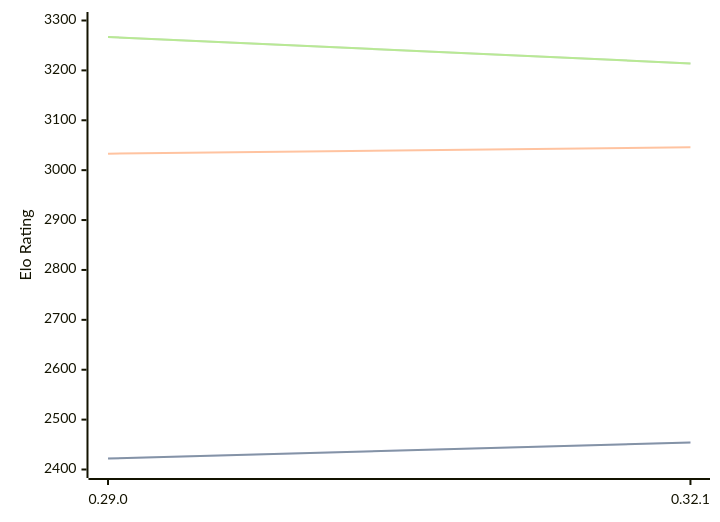
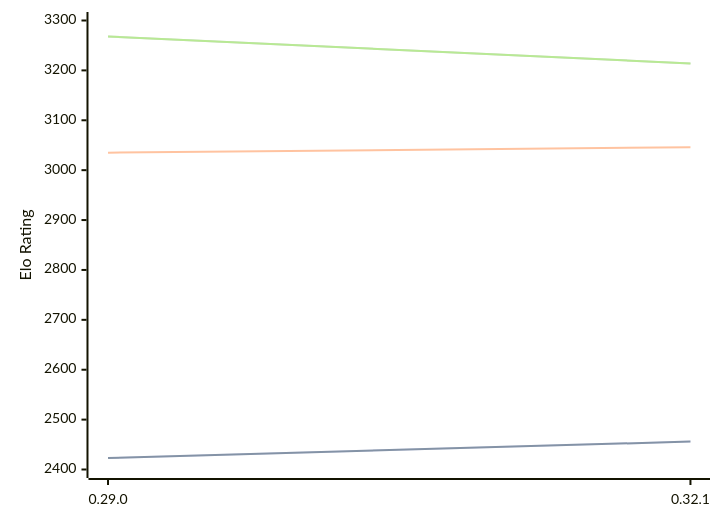
The diagram in engines/Lc0.md (computer-chess-index/cci), drawn with Mermaid before and after one commit. The commit also changed other lines of this file, not shown here.

Commit message:
Update CCI Ratings (ELO VLTC) - 2026-04-19

````diff
--- a/engines/Lc0.md
+++ b/engines/Lc0.md
@@ -68,11 +68,11 @@
 ```mermaid
 %%{init: {"theme":"base","themeVariables":{"seriesColors:['#a3a3a3','#222221','#faa371']}}}%%
 xychart-beta
   x-axis ["0.29.0", "0.32.1"]
   y-axis "Elo Rating" 2400 --> 3300
-  line "STC (8.0+0.08s)" [2422, 2454]
-  line "STC (8.0+0.08s)" [2422, 2454]
-  line "LTC (60.0+0.60s)" [3033, 3046]
-  line "VLTC (2m24s+1.12s)" [3267, 3214]
-  line "VLTC (2m24s+1.12s)" [3267, 3214]
+  line "STC (8.0+0.08s)" [2423, 2456]
+  line "STC (8.0+0.08s)" [2423, 2456]
+  line "LTC (60.0+0.60s)" [3035, 3046]
+  line "VLTC (2m24s+1.12s)" [3268, 3214]
+  line "VLTC (2m24s+1.12s)" [3268, 3214]
 ```
````
